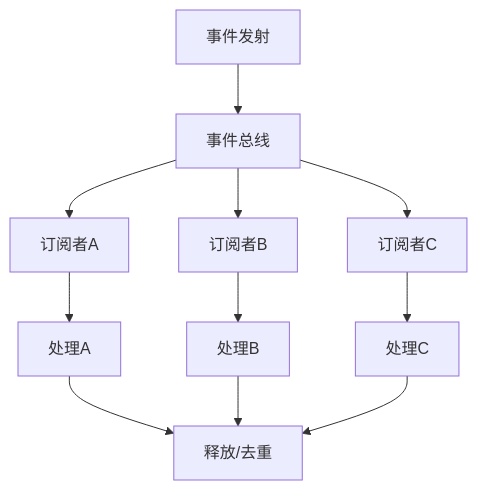
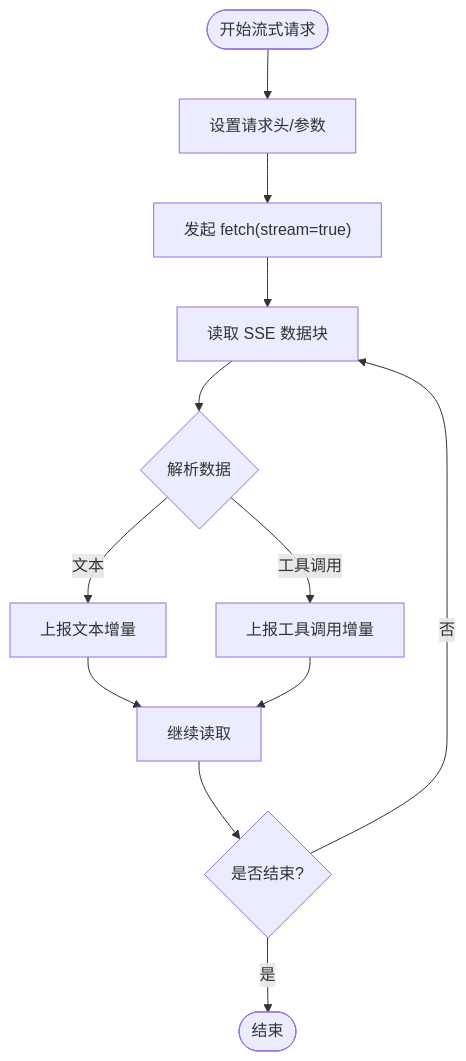
One commit to sofate798/KodrixCode changed the seventh of 9 diagrams in .qoder/repowiki/zh/content/架构设计/组件交互模式.md. Above: the diagram before and after it, drawn with Mermaid. The commit also changed other lines of this file and 178 other files, not shown here.

````diff
--- a/.qoder/repowiki/zh/content/架构设计/组件交互模式.md
+++ b/.qoder/repowiki/zh/content/架构设计/组件交互模式.md
@@ -217,13 +248,14 @@
 ```mermaid
 flowchart TD
-Emit["事件发射"] --> Bus["事件总线"]
-Bus --> Sub1["订阅者A"]
-Bus --> Sub2["订阅者B"]
-Bus --> Sub3["订阅者C"]
-Sub1 --> HandleA["处理A"]
-Sub2 --> HandleB["处理B"]
-Sub3 --> HandleC["处理C"]
-HandleA --> Dispose["释放/去重"]
-HandleB --> Dispose
-HandleC --> Dispose
+Start(["开始流式请求"]) --> Headers["设置请求头/参数"]
+Headers --> Fetch["发起 fetch(stream=true)"]
+Fetch --> ReadSSE["读取 SSE 数据块"]
+ReadSSE --> Parse{"解析数据"}
+Parse --> |文本| EmitText["上报文本增量"]
+Parse --> |工具调用| EmitTool["上报工具调用增量"]
+EmitText --> Next["继续读取"]
+EmitTool --> Next
+Next --> Done{"是否结束?"}
+Done --> |否| ReadSSE
+Done --> |是| End(["结束"])
 ```
````
